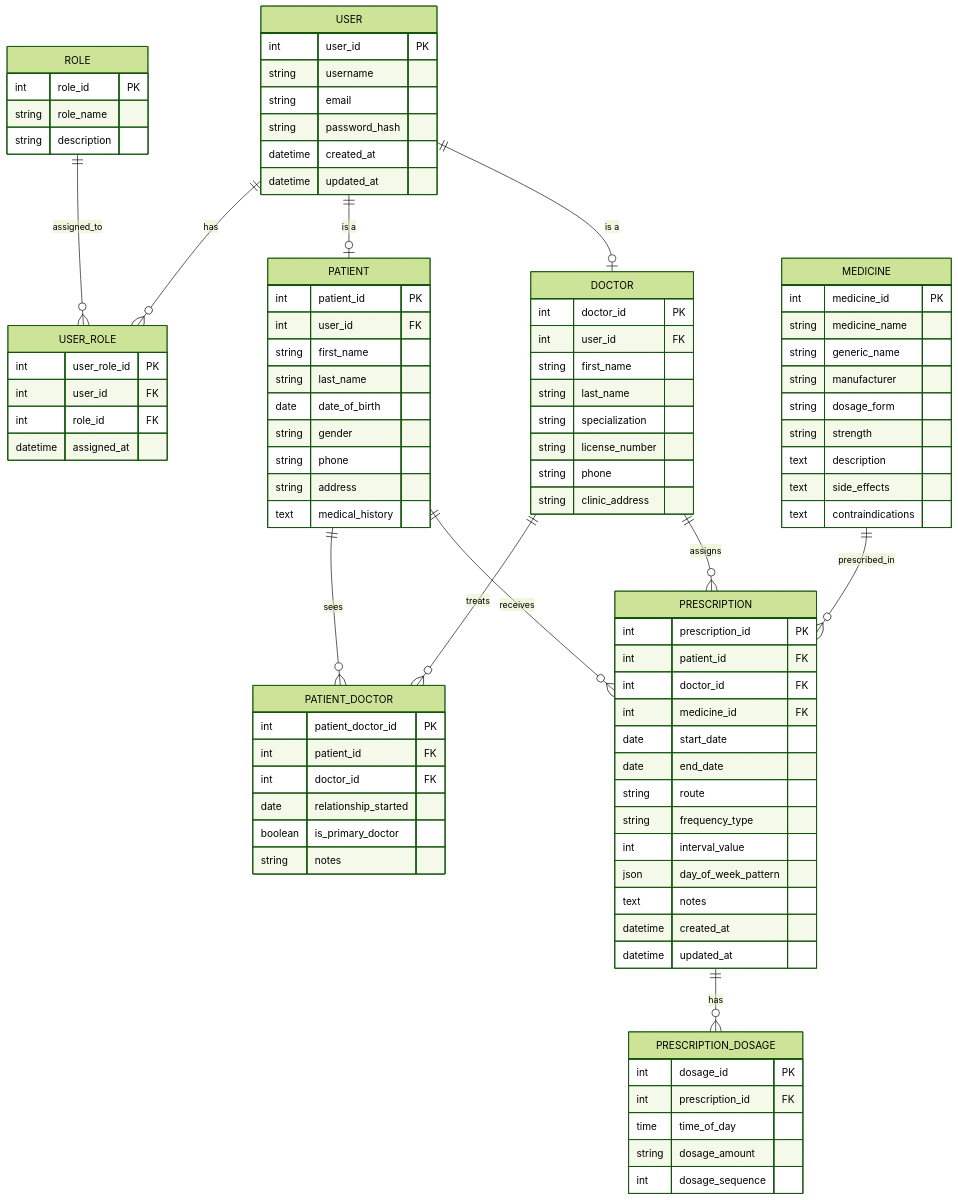
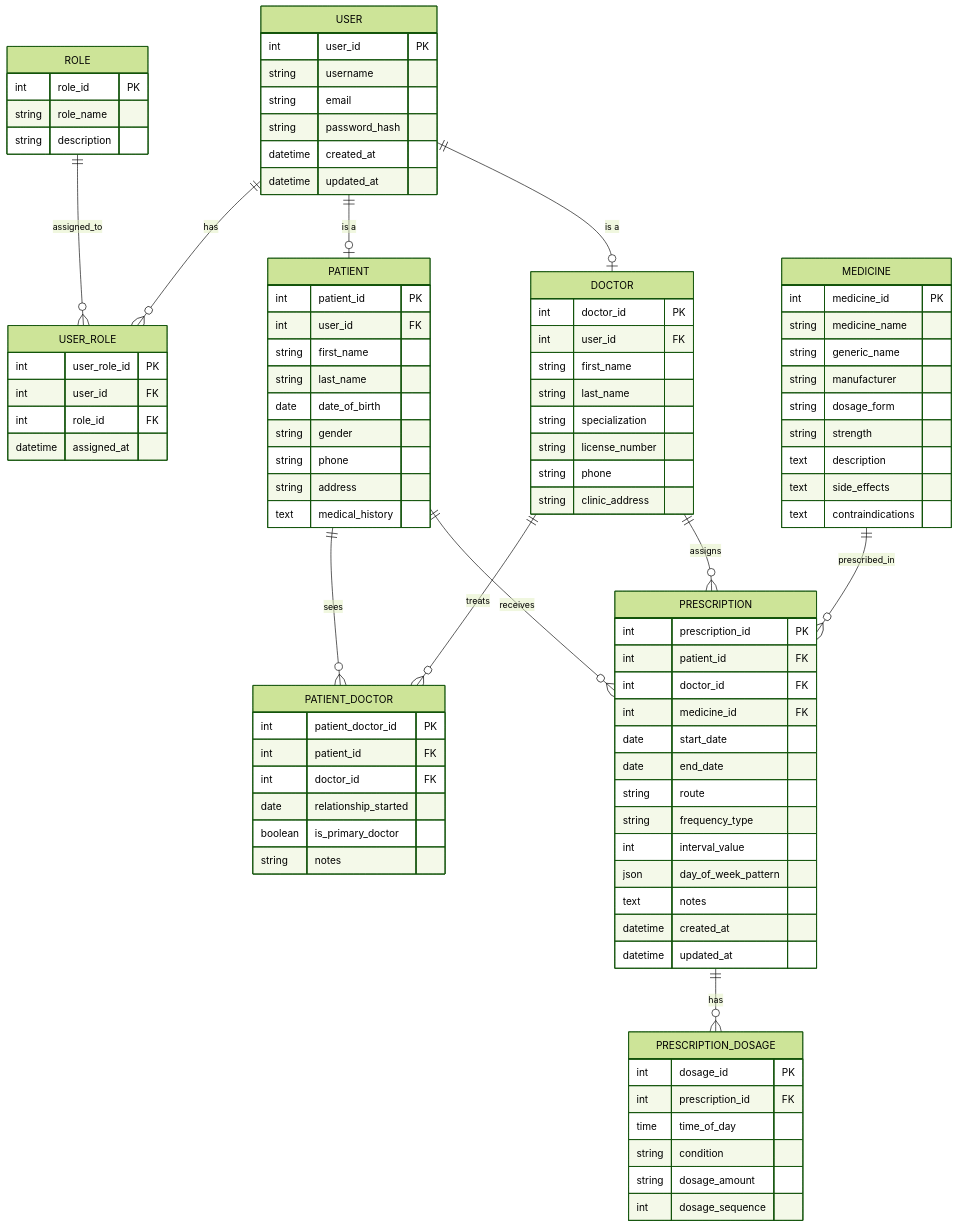
The diagram in src/main/resources/MediTracker_app_er_diagram.mermaid (KoalaAwad/MediTracker), drawn with Mermaid (forest theme) before and after one commit. The commit also changed 48 other files, not shown here.

```diff
--- a/src/main/resources/MediTracker_app_er_diagram.mermaid
+++ b/src/main/resources/MediTracker_app_er_diagram.mermaid
@@ -1,101 +1,102 @@
 erDiagram
     USER ||--o{ USER_ROLE : has
     ROLE ||--o{ USER_ROLE : assigned_to
     USER ||--o| PATIENT : "is a"
     USER ||--o| DOCTOR : "is a"
     PATIENT ||--o{ PATIENT_DOCTOR : "sees"
     DOCTOR ||--o{ PATIENT_DOCTOR : "treats"
     PATIENT ||--o{ PRESCRIPTION : "receives"
     DOCTOR ||--o{ PRESCRIPTION : "assigns"
     MEDICINE ||--o{ PRESCRIPTION : "prescribed_in"
     PRESCRIPTION ||--o{ PRESCRIPTION_DOSAGE : "has"
 
     USER {
         int user_id PK
         string username
         string email
         string password_hash
         datetime created_at
         datetime updated_at
     }
 
     ROLE {
         int role_id PK
         string role_name
         string description
     }
 
     USER_ROLE {
         int user_role_id PK
         int user_id FK
         int role_id FK
         datetime assigned_at
     }
 
     PATIENT {
         int patient_id PK
         int user_id FK
         string first_name
         string last_name
         date date_of_birth
         string gender
         string phone
         string address
         text medical_history
     }
 
     DOCTOR {
         int doctor_id PK
         int user_id FK
         string first_name
         string last_name
         string specialization
         string license_number
         string phone
         string clinic_address
     }
 
     PATIENT_DOCTOR {
         int patient_doctor_id PK
         int patient_id FK
         int doctor_id FK
         date relationship_started
         boolean is_primary_doctor
         string notes
     }
 
     MEDICINE {
         int medicine_id PK
         string medicine_name
         string generic_name
         string manufacturer
         string dosage_form
         string strength
         text description
         text side_effects
         text contraindications
     }
 
     PRESCRIPTION {
         int prescription_id PK
         int patient_id FK
         int doctor_id FK
         int medicine_id FK
         date start_date
         date end_date
         string route
         string frequency_type
         int interval_value
         json day_of_week_pattern
         text notes
         datetime created_at
         datetime updated_at
     }
 
     PRESCRIPTION_DOSAGE {
         int dosage_id PK
         int prescription_id FK
         time time_of_day
+        string condition
         string dosage_amount
         int dosage_sequence
     }
```
